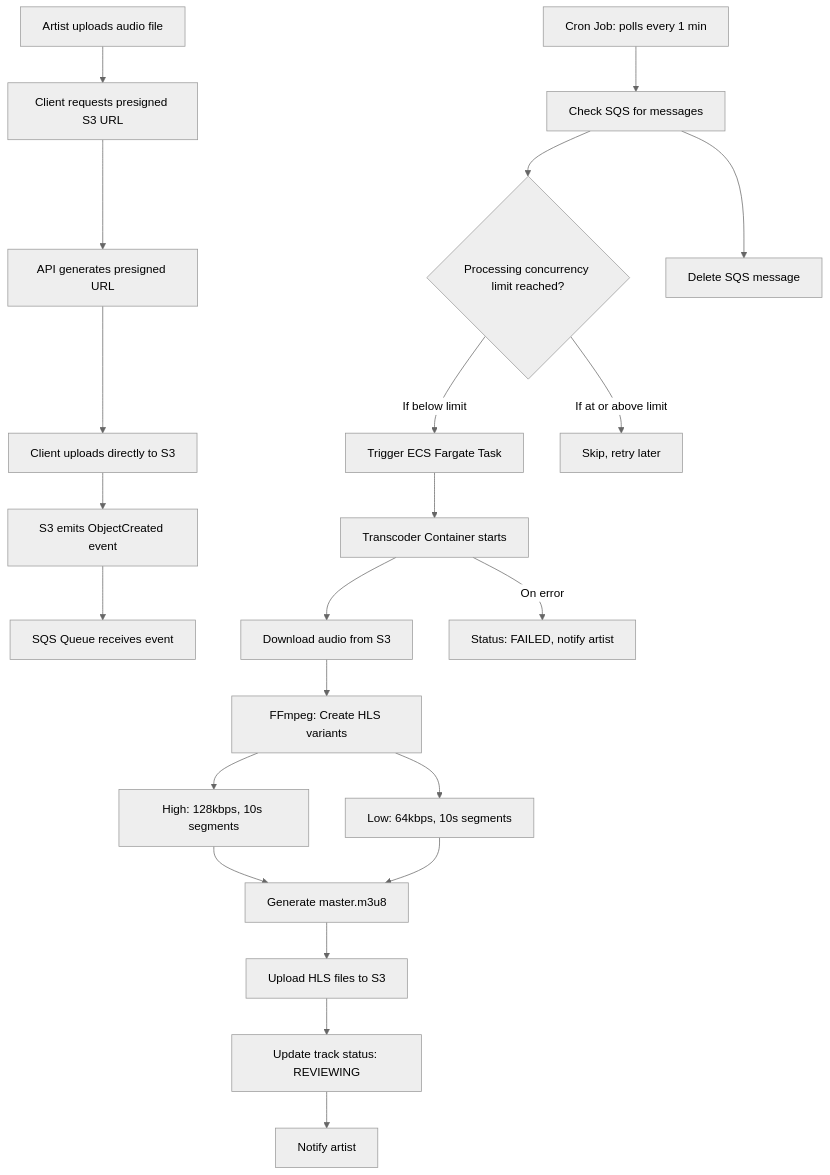
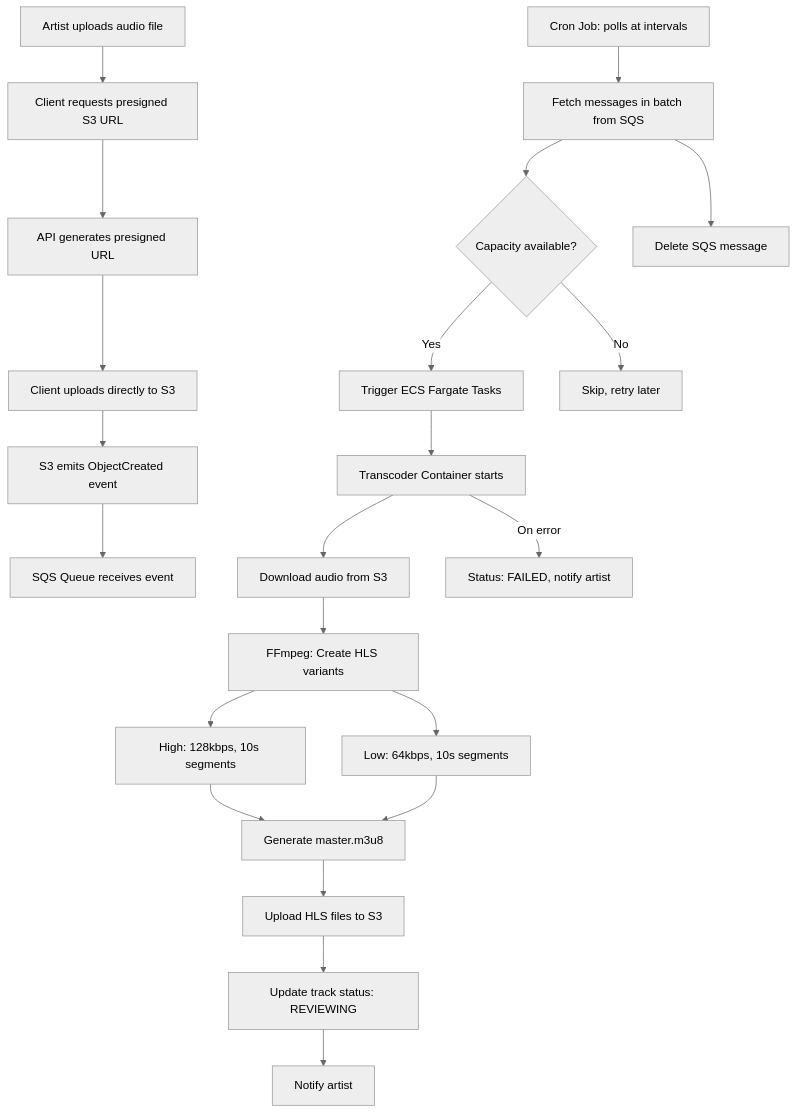
Before and after one commit to s4shibam/mizzo: the first of 5 diagrams in architecture.md, drawn with Mermaid (neutral theme). The commit also changed other lines of this file and 3 other files, not shown here.

Commit message:
refactor: update sqs consumer to fetch messages in batches and manage processing slots

````diff
--- a/architecture.md
+++ b/architecture.md
@@ -11,24 +11,24 @@
 ```mermaid
 flowchart TD
     A[Artist uploads audio file] --> B[Client requests presigned S3 URL]
     B --> C[API generates presigned URL]
     C --> D[Client uploads directly to S3]
     D --> E[S3 emits ObjectCreated event]
     E --> F[SQS Queue receives event]
-    G[Cron Job: polls every 1 min] --> H[Check SQS for messages]
-    H --> I{Processing concurrency limit reached?}
-    I -->|If below limit| J[Trigger ECS Fargate Task]
-    I -->|If at or above limit| K[Skip, retry later]
+    G[Cron Job: polls at intervals] --> H[Fetch messages in batch from SQS]
+    H --> I{Capacity available?}
+    I -->|Yes| J[Trigger ECS Fargate Tasks]
+    I -->|No| K[Skip, retry later]
     J --> L[Transcoder Container starts]
     L --> M[Download audio from S3]
     M --> N[FFmpeg: Create HLS variants]
     N --> O[High: 128kbps, 10s segments]
     N --> P[Low: 64kbps, 10s segments]
     O --> Q[Generate master.m3u8]
     P --> Q
     Q --> R[Upload HLS files to S3]
     R --> S[Update track status: REVIEWING]
     S --> T[Notify artist]
     L -->|On error| U[Status: FAILED, notify artist]
     H --> V[Delete SQS message]
 ```
````
